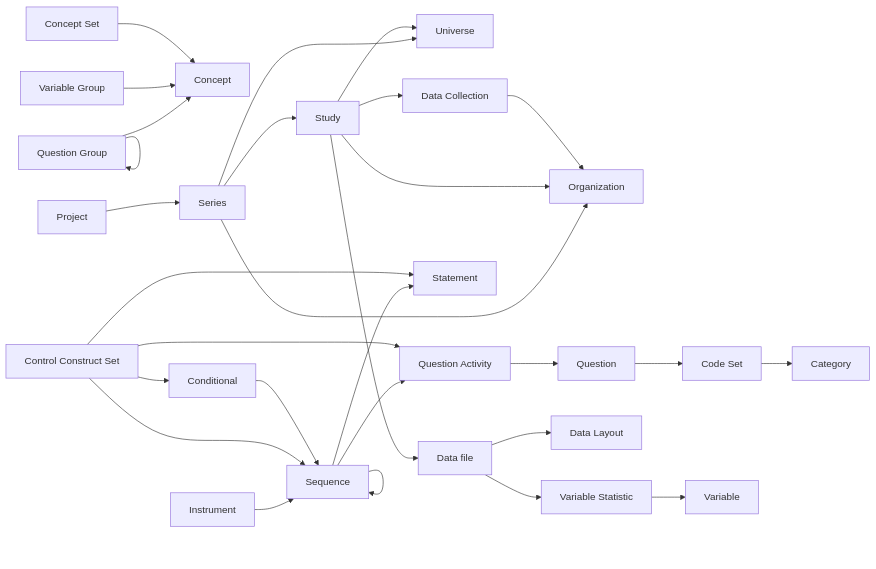
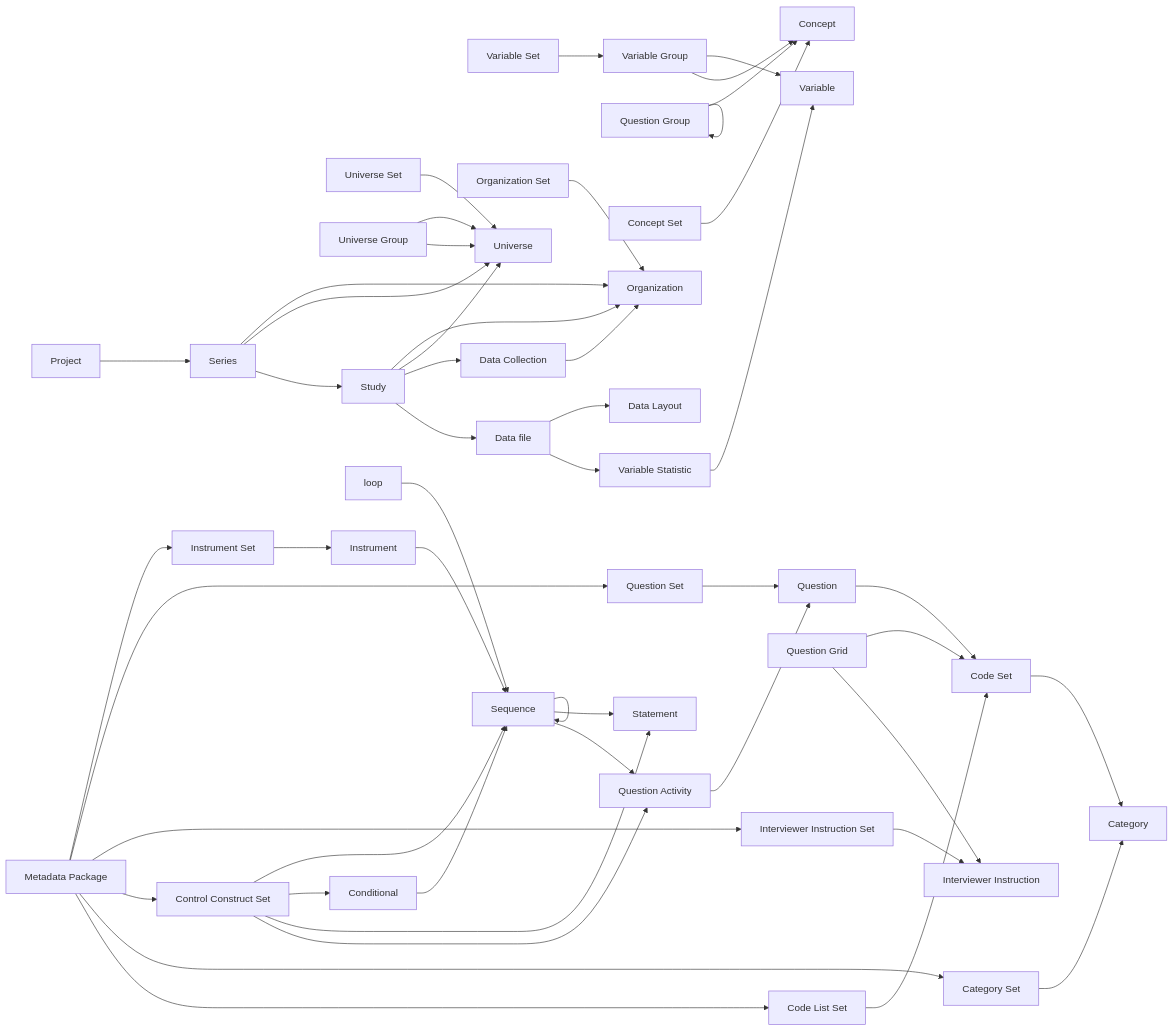
The diagram in README.md (CLOSER-Cohorts/colectica-api), drawn with Mermaid before and after one commit.

Commit message:
Update graph in readme

````diff
--- a/README.md
+++ b/README.md
@@ -29,31 +29,51 @@
 ```mermaid
 graph LR
-  QG[Question Group] --> Concept
-  QG[Question Group] --> QG[Question Group]
+  VS[Variable Set] --> VG[Variable Group]
+  QGr[Question Group] --> Concept
+  QGr[Question Group] --> QGr[Question Group]
+  VG[Variable Group] --> Variable
   VG[Variable Group] --> Concept
   CS[Concept Set] --> Concept
+  MetP[Metadata Package] --> InS[Instrument Set]
+  MetP[Metadata Package] --> QuS[Question Set]
+  MetP[Metadata Package] --> IIS[Interviewer Instruction Set]
+  MetP[Metadata Package] --> CCS[Control Construct Set]
+  MetP[Metadata Package] --> CaS[Category Set]
+  MetP[Metadata Package] --> CLS[Code List Set]
+  QuS[Question Set] --> Question
+  OrS[Organization Set] -->  Organization
+  UnS[Universe Set] --> Universe
+  UnG[Universe Group] --> Universe
   Project --> Series
   Series --> Organization
   Series --> Universe
   Series --> Study
   Study --> Organization
   Study --> Universe
   Study --> DaC[Data Collection]
   Study --> DaF[Data File]
   DaC[Data Collection] --> Organization
+  UnG[Universe Group] --> Universe
+  InS[Instrument Set] --> Instrument
   Instrument --> Sequence
   Sequence --> Sequence
   Sequence --> Statement
   Sequence --> QA[Question Activity]
   QA[Question Activity] --> Question
+  QG[Question Grid] --> CoS[Code Set]
+  QG[Question Grid] --> II[Interviewer Instruction]
   Question --> CoS[Code Set]
+  CLS[Code List Set] --> CoS[Code Set]
   CoS --> Category
+  CaS[Category Set] --> Category
   CCS[Control Construct Set] --> Sequence
   Conditional --> Sequence
   CCS[Control Construct Set] --> Conditional
   CCS[Control Construct Set] --> Statement
   CCS[Control Construct Set] --> QA[Question Activity]
   DaF[Data file] --> DL[Data Layout]
   DaF[Data file] --> VaS[Variable Statistic]
   VaS[Variable Statistic] --> Variable
+  IIS[Interviewer Instruction Set] --> II[Interviewer Instruction]
+  loop --> Sequence
 ```
````
